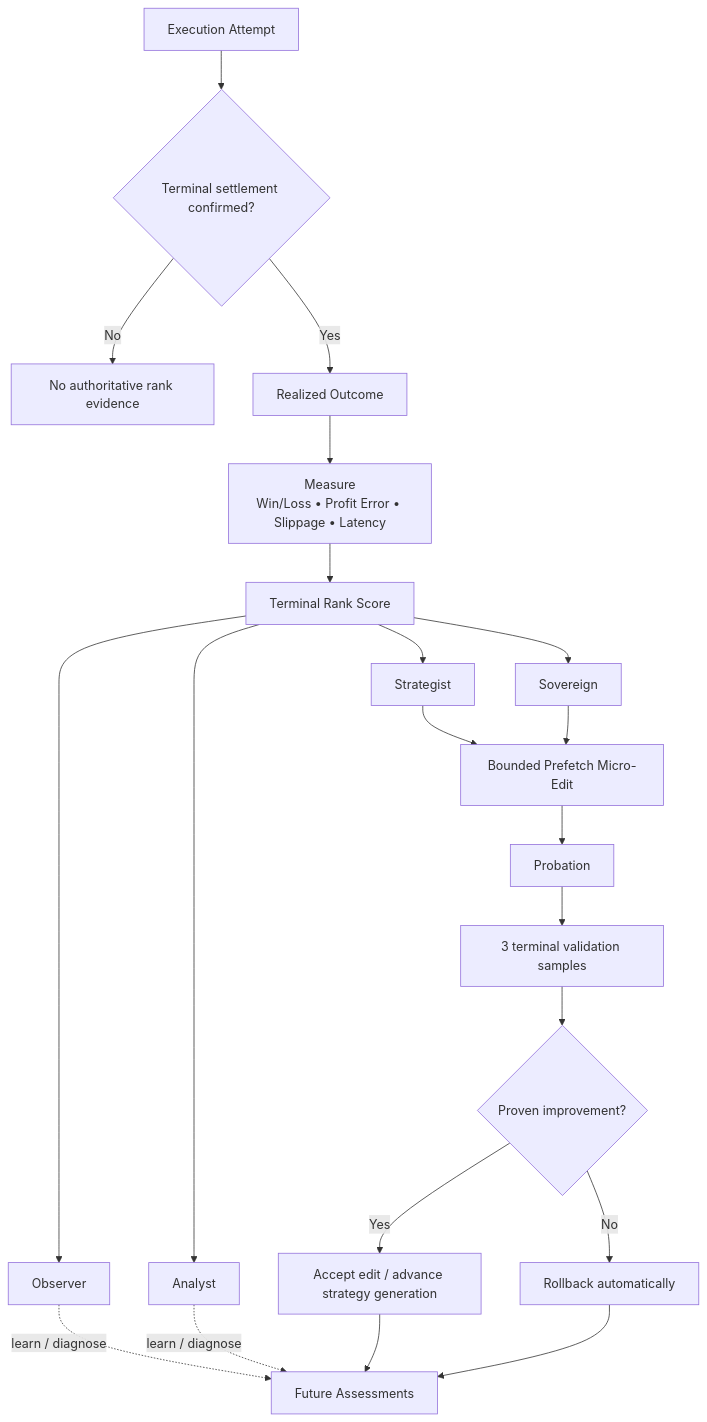
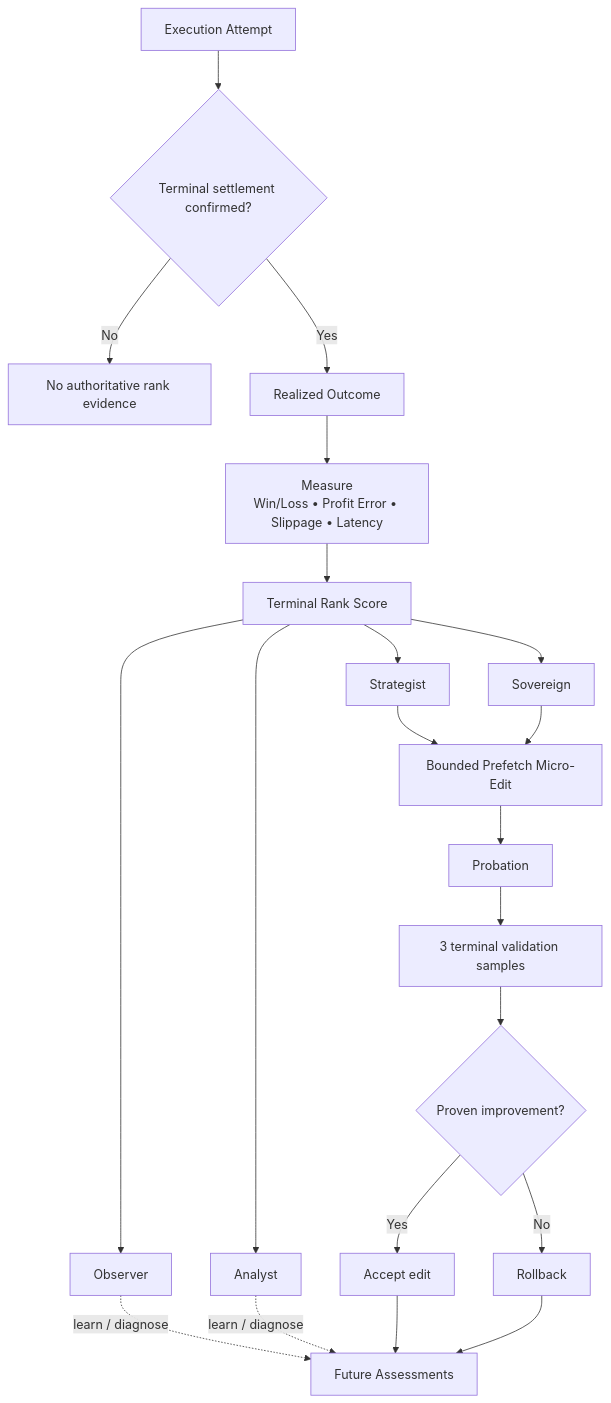
The seventh of 13 diagrams in README.md (Rjdclink/Bad-Blue), drawn with Mermaid before and after one commit. The commit also changed other lines of this file, not shown here.

````diff
--- a/README.md
+++ b/README.md
@@ -453,28 +430,28 @@
 ```mermaid
 flowchart TD
     EXEC["Execution Attempt"] --> SETTLE{"Terminal settlement confirmed?"}
     SETTLE -->|No| STOP["No authoritative rank evidence"]
     SETTLE -->|Yes| OUTCOME["Realized Outcome"]
 
     OUTCOME --> METRICS["Measure\nWin/Loss • Profit Error • Slippage • Latency"]
     METRICS --> SCORE["Terminal Rank Score"]
 
     SCORE --> OBS["Observer"]
     SCORE --> ANA["Analyst"]
     SCORE --> STR["Strategist"]
     SCORE --> SOV["Sovereign"]
 
     OBS -. "learn / diagnose" .-> NEXT["Future Assessments"]
     ANA -. "learn / diagnose" .-> NEXT
     STR --> EDIT["Bounded Prefetch Micro-Edit"]
     SOV --> EDIT
 
     EDIT --> PROB["Probation"]
     PROB --> VALIDATE["3 terminal validation samples"]
     VALIDATE --> IMPROVE{"Proven improvement?"}
-    IMPROVE -->|Yes| ACCEPT["Accept edit / advance strategy generation"]
-    IMPROVE -->|No| ROLLBACK["Rollback automatically"]
+    IMPROVE -->|Yes| ACCEPT["Accept edit"]
+    IMPROVE -->|No| ROLLBACK["Rollback"]
 
     ACCEPT --> NEXT
     ROLLBACK --> NEXT
 ```
````
